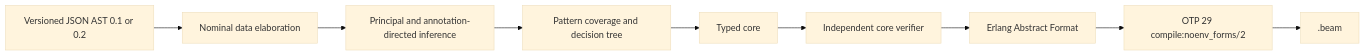
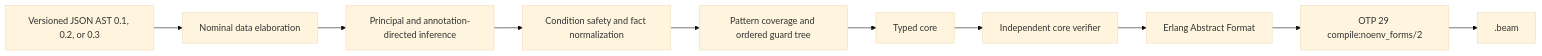
The diagram in README.md (pcharbon70/catena), drawn with Mermaid (base theme) before and after one commit. The commit also changed other lines of this file and 14 other files, not shown here.

````diff
--- a/README.md
+++ b/README.md
@@ -46,11 +46,12 @@
 ```mermaid
 flowchart LR
-    JSON[Versioned JSON AST 0.1 or 0.2] --> D[Nominal data elaboration]
+    JSON[Versioned JSON AST 0.1, 0.2, or 0.3] --> D[Nominal data elaboration]
     D --> W[Principal and annotation-directed inference]
-    W --> C[Pattern coverage and decision tree]
-    C --> TC[Typed core]
+    W --> C[Condition safety and fact normalization]
+    C --> G[Pattern coverage and ordered guard tree]
+    G --> TC[Typed core]
     TC --> V[Independent core verifier]
     V --> EAF[Erlang Abstract Format]
     EAF --> OTP[OTP 29 compile:noenv_forms/2]
     OTP --> BEAM[.beam]
 ```
````
